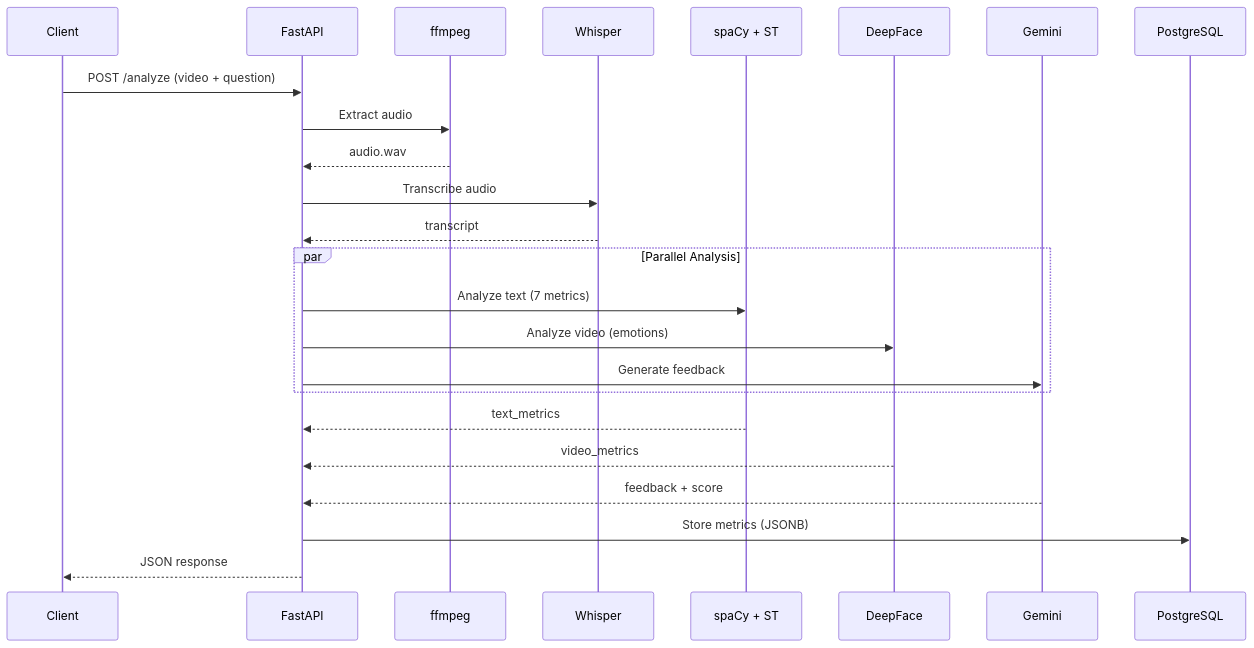
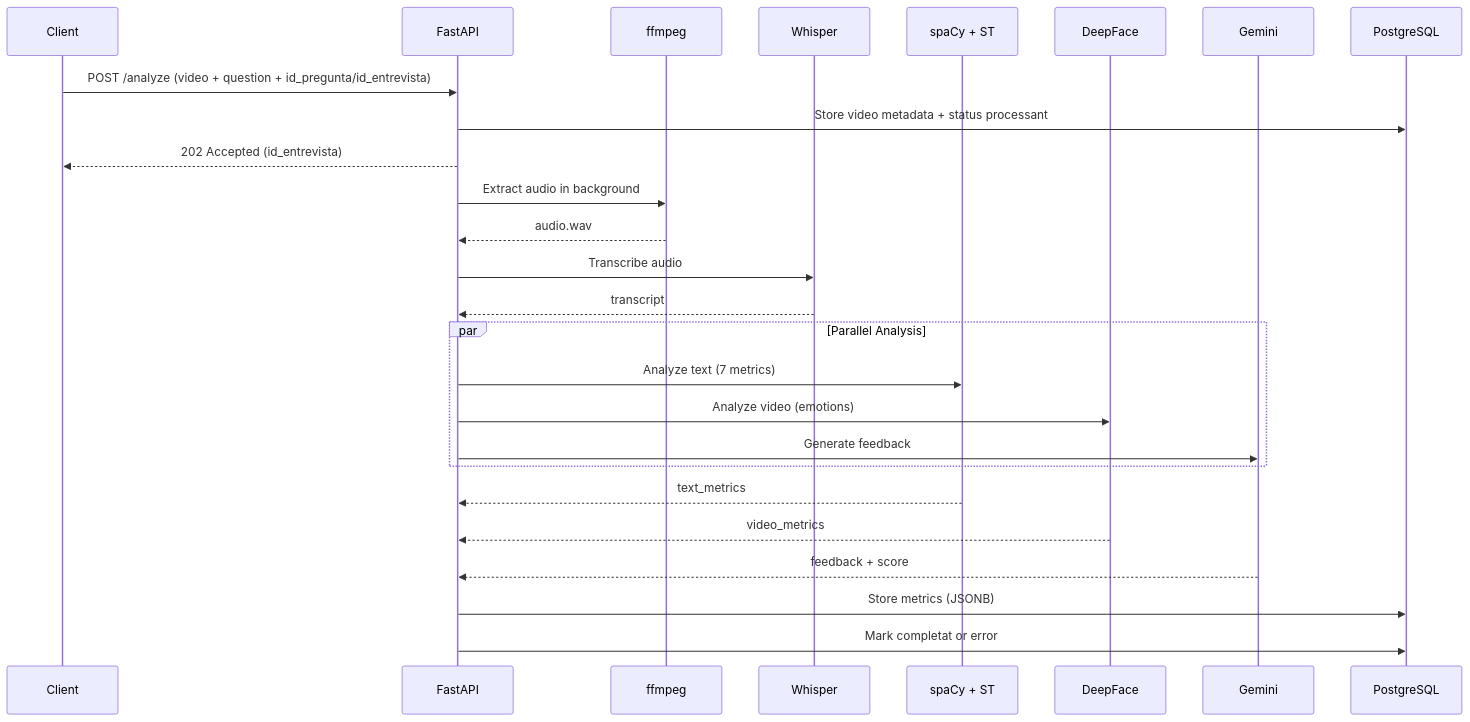
The second of 3 diagrams in README.md (Entrevista-t/Back), drawn with Mermaid before and after one commit. The commit also changed other lines of this file and 2 other files, not shown here.

Commit message:
feat: enhance /analyze endpoint to support video metadata storage and background processing

````diff
--- a/README.md
+++ b/README.md
@@ -86,27 +86,29 @@
 ```mermaid
 sequenceDiagram
     participant C as Client
     participant API as FastAPI
     participant FF as ffmpeg
     participant W as Whisper
     participant NLP as spaCy + ST
     participant V as DeepFace
     participant LLM as Gemini
     participant DB as PostgreSQL
 
-    C->>API: POST /analyze (video + question)
-    API->>FF: Extract audio
+    C->>API: POST /analyze (video + question + id_pregunta/id_entrevista)
+    API->>DB: Store video metadata + status processant
+    API-->>C: 202 Accepted (id_entrevista)
+    API->>FF: Extract audio in background
     FF-->>API: audio.wav
     API->>W: Transcribe audio
     W-->>API: transcript
     par Parallel Analysis
         API->>NLP: Analyze text (7 metrics)
         API->>V: Analyze video (emotions)
         API->>LLM: Generate feedback
     end
     NLP-->>API: text_metrics
     V-->>API: video_metrics
     LLM-->>API: feedback + score
     API->>DB: Store metrics (JSONB)
-    API-->>C: JSON response
+    API->>DB: Mark completat or error
 ```
````
